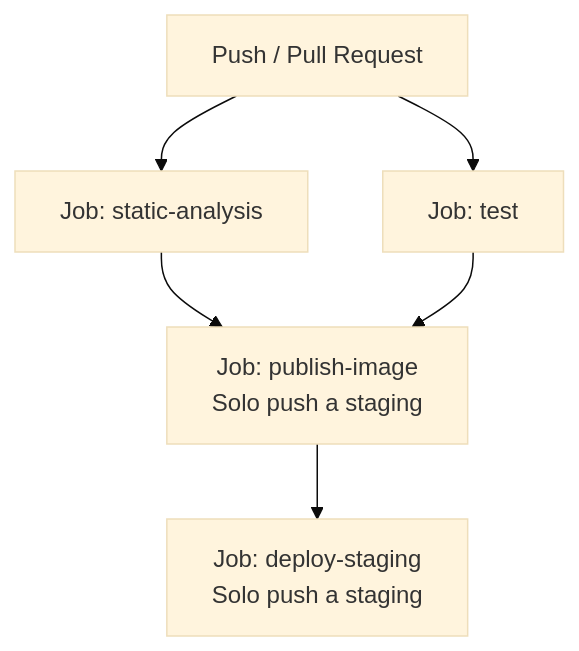
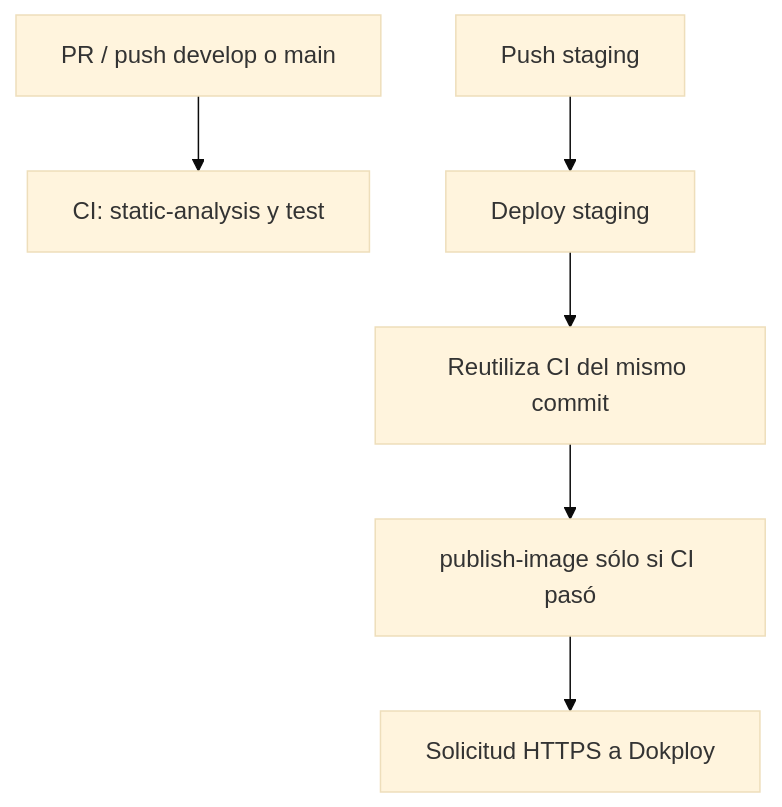
One commit to TypeItOrg/bemol-api changed the diagram in docs/INTEGRACION-CONTINUA.md. Above: the diagram before and after it, drawn with Mermaid (base theme). The commit also changed other lines of this file and 3 other files, not shown here.

````diff
--- a/docs/INTEGRACION-CONTINUA.md
+++ b/docs/INTEGRACION-CONTINUA.md
@@ -20,8 +23,8 @@
 ```mermaid
 flowchart TD
-    PR[Push / Pull Request] --> SA[Job: static-analysis]
-    PR --> T[Job: test]
-    SA --> PI[Job: publish-image\nSolo push a staging]
-    T --> PI
-    PI --> DS[Job: deploy-staging\nSolo push a staging]
+    PR[PR / push develop o main] --> CI[CI: static-analysis y test]
+    ST[Push staging] --> DS[Deploy staging]
+    DS --> RC[Reutiliza CI del mismo commit]
+    RC --> PI[publish-image sólo si CI pasó]
+    PI --> DEP[Solicitud HTTPS a Dokploy]
 ```
````
